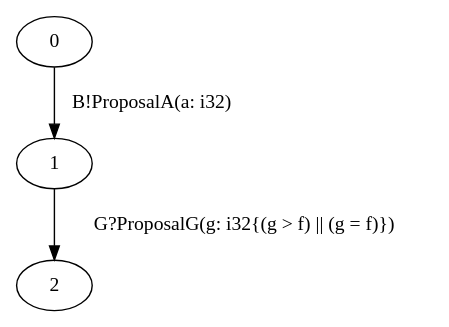
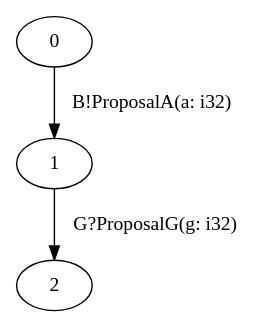
One commit to qixi5703/rumpsteak changed the diagram in examples/Running examples/ring_max/A_expected.dot. Above: the diagram before and after it, drawn with Graphviz. The commit also changed other lines of this file and 7 other files, not shown here.

```diff
--- a/examples/Running examples/ring_max/A_expected.dot
+++ b/examples/Running examples/ring_max/A_expected.dot
@@ -1,11 +1,11 @@
 digraph A {
   0;
   1;
   2;
   
   
   0 -> 1 [label="B!ProposalA(a: i32)", ];
-  1 -> 2 [label="G?ProposalG(g: i32{(g > f) || (g = f)})",
+  1 -> 2 [label="G?ProposalG(g: i32)",
           ];
   
   }
```
